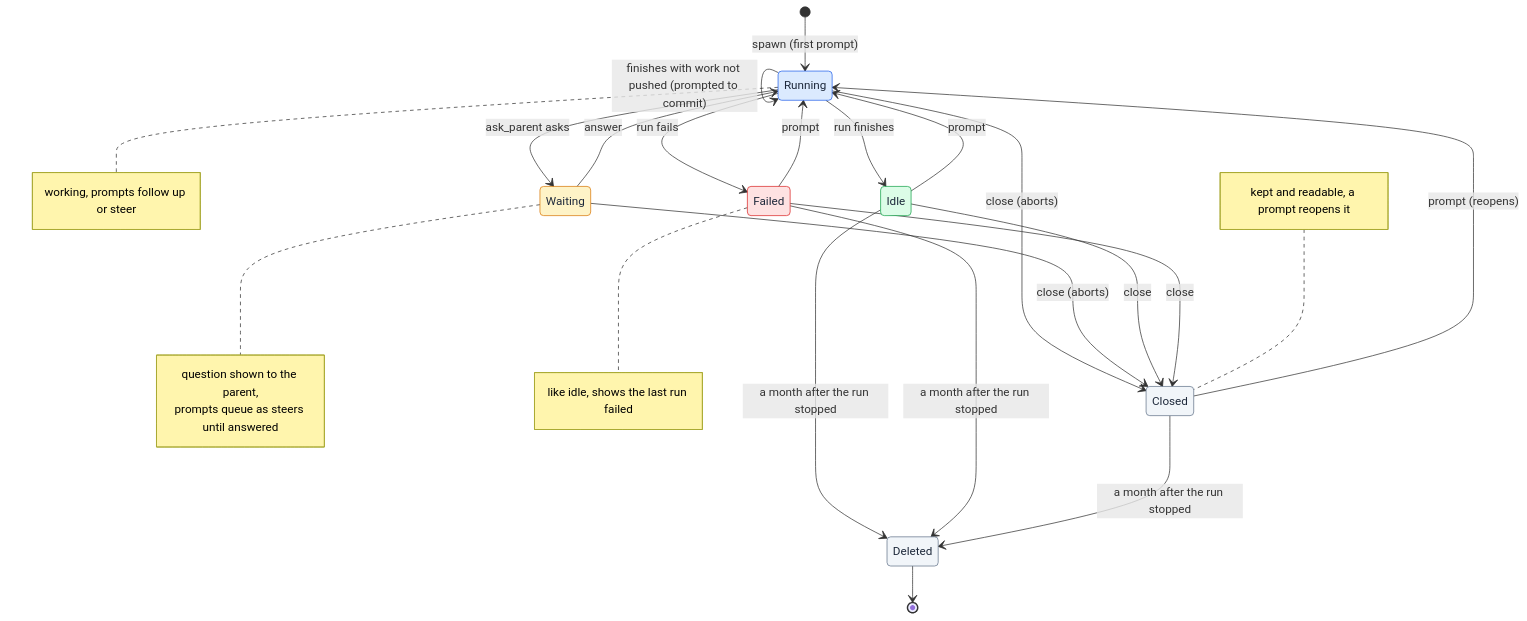
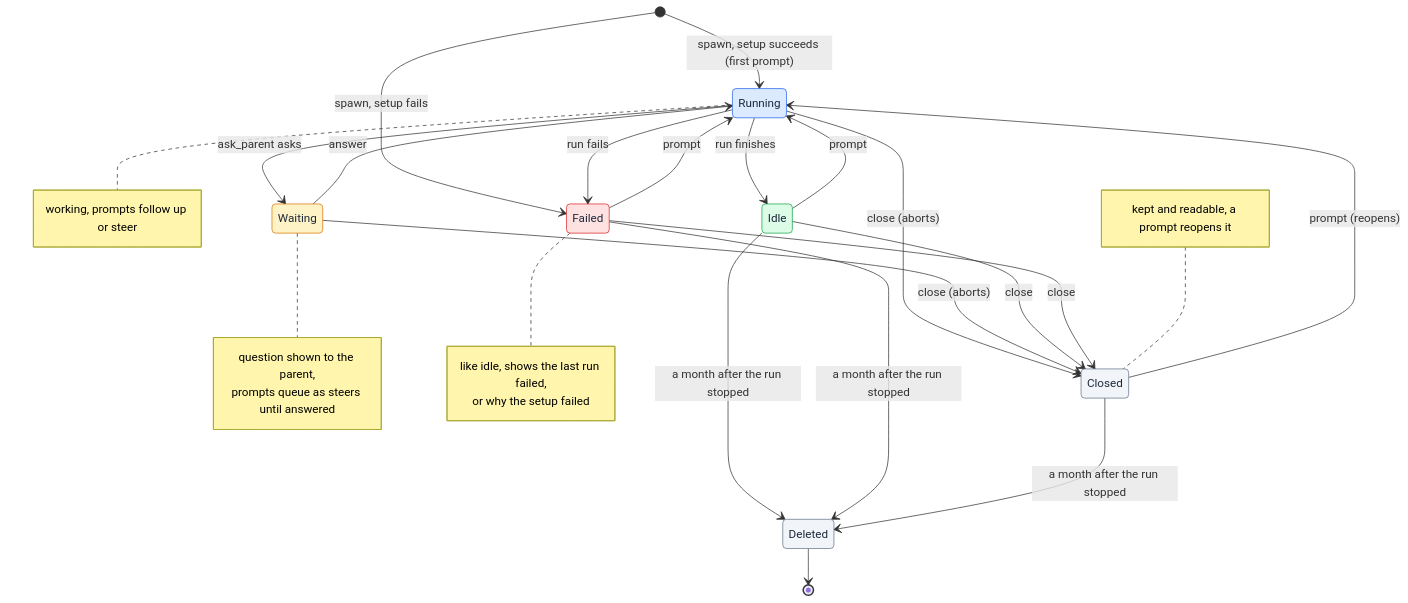
The third of 8 diagrams in docs/technical-design/sessions.md (asermax/tentacles), drawn with Mermaid before and after one commit. The commit also changed other lines of this file and 14 other files, not shown here.

````diff
--- a/docs/technical-design/sessions.md
+++ b/docs/technical-design/sessions.md
@@ -163,36 +161,36 @@
 ```mermaid
 stateDiagram-v2
-    [*] --> Running : spawn (first prompt)
+    [*] --> Running : spawn, setup succeeds (first prompt)
+    [*] --> Failed : spawn, setup fails
     Running --> Idle : run finishes
-    Running --> Running : finishes with work not pushed (prompted to commit)
     Running --> Waiting : ask_parent asks
     Waiting --> Running : answer
     Running --> Failed : run fails
     Idle --> Running : prompt
     Failed --> Running : prompt
     Closed --> Running : prompt (reopens)
     Running --> Closed : close (aborts)
     Waiting --> Closed : close (aborts)
     Idle --> Closed : close
     Failed --> Closed : close
     Idle --> Deleted : a month after the run stopped
     Failed --> Deleted : a month after the run stopped
     Closed --> Deleted : a month after the run stopped
     Deleted --> [*]
 
     note right of Running : working, prompts follow up or steer
     note right of Waiting : question shown to the parent,<br/>prompts queue as steers until answered
-    note right of Failed : like idle, shows the last run failed
+    note right of Failed : like idle, shows the last run failed,<br/>or why the setup failed
     note left of Closed : kept and readable, a prompt reopens it
 
     classDef working fill:#dbeafe,stroke:#2563eb,color:#1e293b
     classDef waiting fill:#fef3c7,stroke:#d97706,color:#1e293b
     classDef done fill:#dcfce7,stroke:#16a34a,color:#1e293b
     classDef failed fill:#fee2e2,stroke:#dc2626,color:#1e293b
     classDef ended fill:#f1f5f9,stroke:#64748b,color:#1e293b
     class Running working
     class Waiting waiting
     class Idle done
     class Failed failed
     class Closed,Deleted ended
 ```
````
